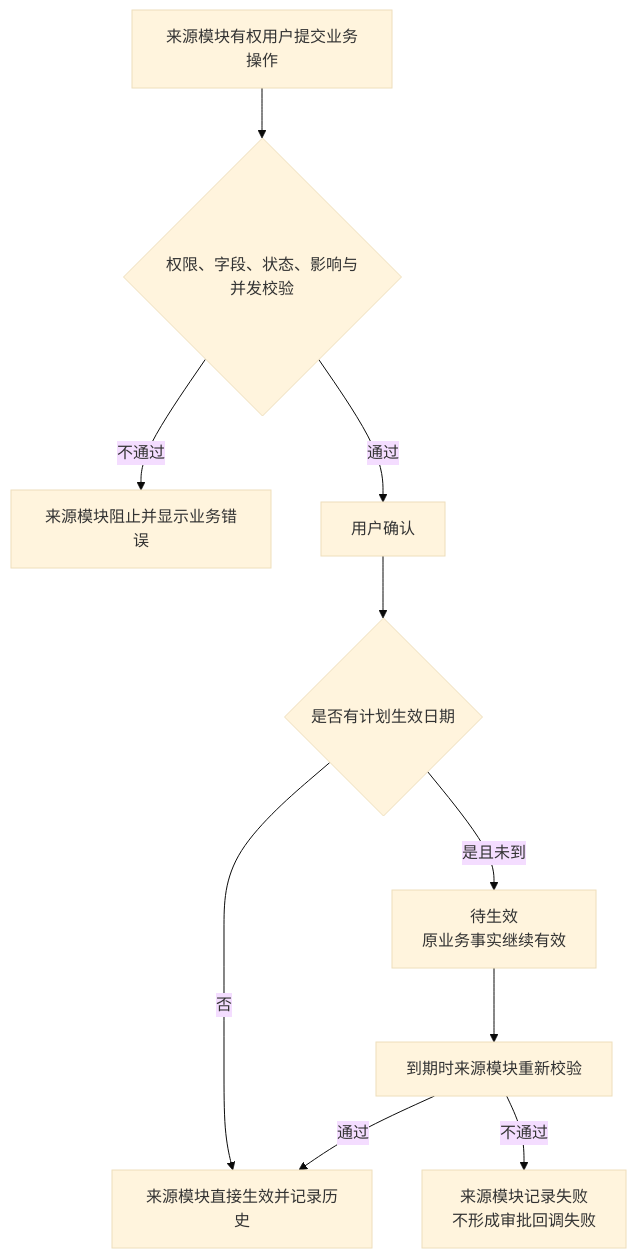
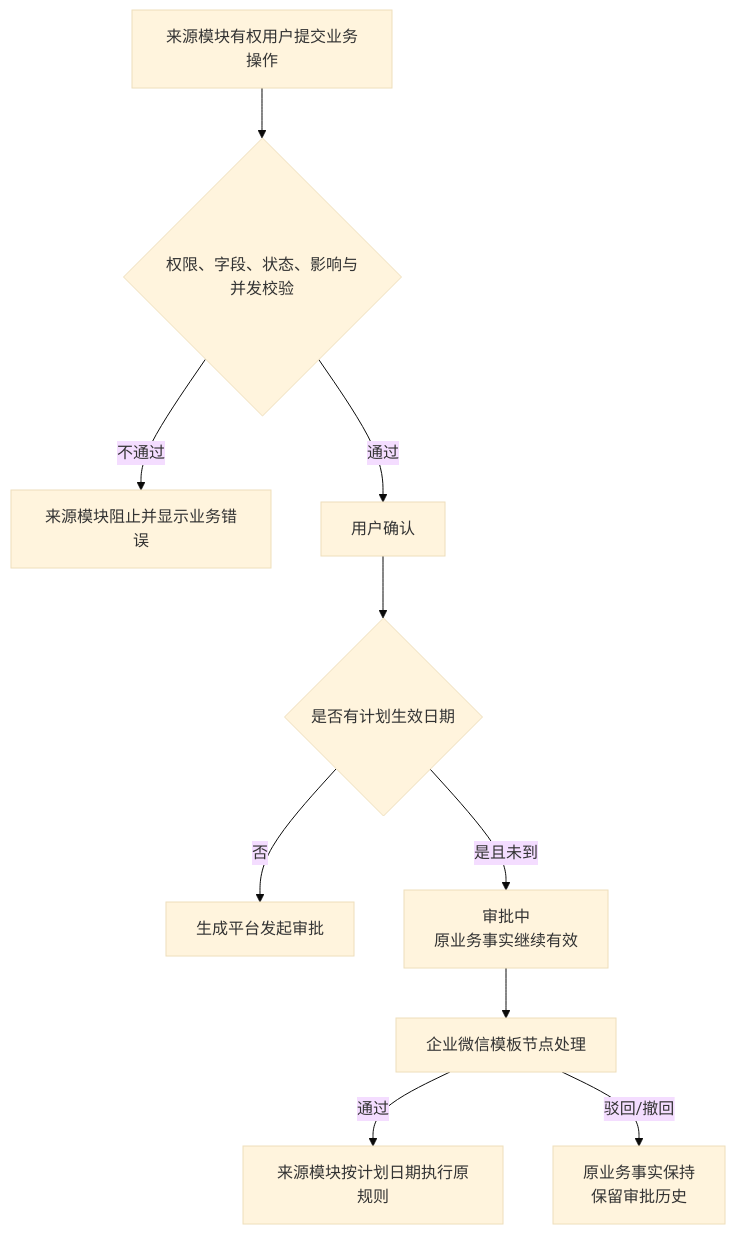
The diagram in prd-workspace/current/user-flows/FLOW-09-M04-approval-lifecycle.md (Joker-1030/Yingjia-Internal-Management-System), drawn with Mermaid (base theme) before and after one commit. The commit also changed other lines of this file and 60 other files, not shown here.

````diff
--- a/prd-workspace/current/user-flows/FLOW-09-M04-approval-lifecycle.md
+++ b/prd-workspace/current/user-flows/FLOW-09-M04-approval-lifecycle.md
@@ -7,12 +7,12 @@
 ```mermaid
 flowchart TD
     A[来源模块有权用户提交业务操作] --> B{权限、字段、状态、影响与并发校验}
     B -- 不通过 --> C[来源模块阻止并显示业务错误]
     B -- 通过 --> D[用户确认]
     D --> E{是否有计划生效日期}
-    E -- 否 --> F[来源模块直接生效并记录历史]
-    E -- 是且未到 --> G[待生效\n原业务事实继续有效]
-    G --> H[到期时来源模块重新校验]
-    H -- 通过 --> F
-    H -- 不通过 --> I[来源模块记录失败\n不形成审批回调失败]
+    E -- 否 --> F[生成平台发起审批]
+    E -- 是且未到 --> G[审批中\n原业务事实继续有效]
+    G --> H[企业微信模板节点处理]
+    H -- 通过 --> I[来源模块按计划日期执行原规则]
+    H -- 驳回/撤回 --> J[原业务事实保持\n保留审批历史]
 ```
````
